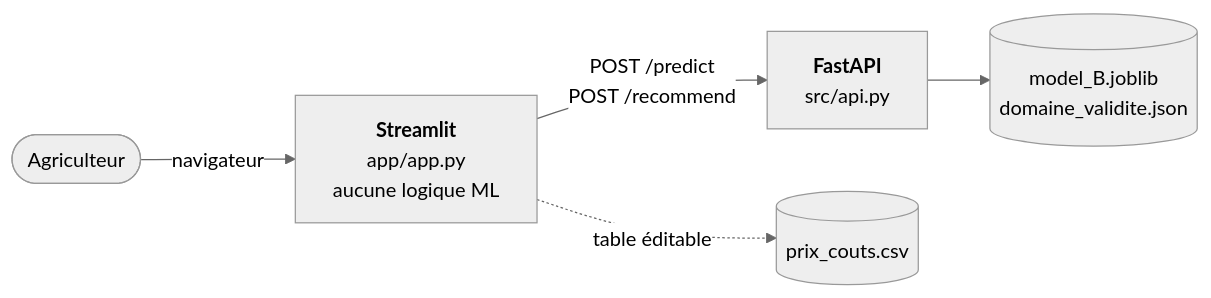
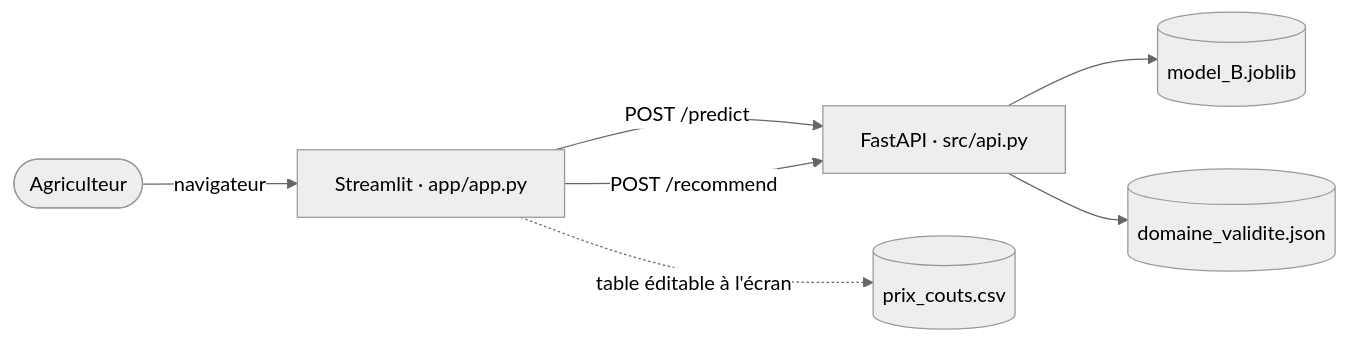
One commit to KL38/OC_P12_ML_MLOPS_Predict-Crops-rentability changed the first of 2 diagrams in README.md. Above: the diagram before and after it, drawn with Mermaid (neutral theme). The commit also changed other lines of this file and 3 other files, not shown here.

````diff
--- a/README.md
+++ b/README.md
@@ -79,7 +79,9 @@
 ```mermaid
 flowchart LR
-    U(["Agriculteur"]) -->|navigateur| S["<b>Streamlit</b><br/>app/app.py<br/>aucune logique ML"]
-    S -->|"POST /predict<br/>POST /recommend"| A["<b>FastAPI</b><br/>src/api.py"]
-    A --> M[("model_B.joblib<br/>domaine_validite.json")]
-    S -.->|table éditable| P[("prix_couts.csv")]
+    U(["Agriculteur"]) -->|navigateur| S["Streamlit · app/app.py"]
+    S -->|POST /predict| A["FastAPI · src/api.py"]
+    S -->|POST /recommend| A
+    A --> M[("model_B.joblib")]
+    A --> D[("domaine_validite.json")]
+    S -.->|table éditable à l'écran| P[("prix_couts.csv")]
 ```
````
